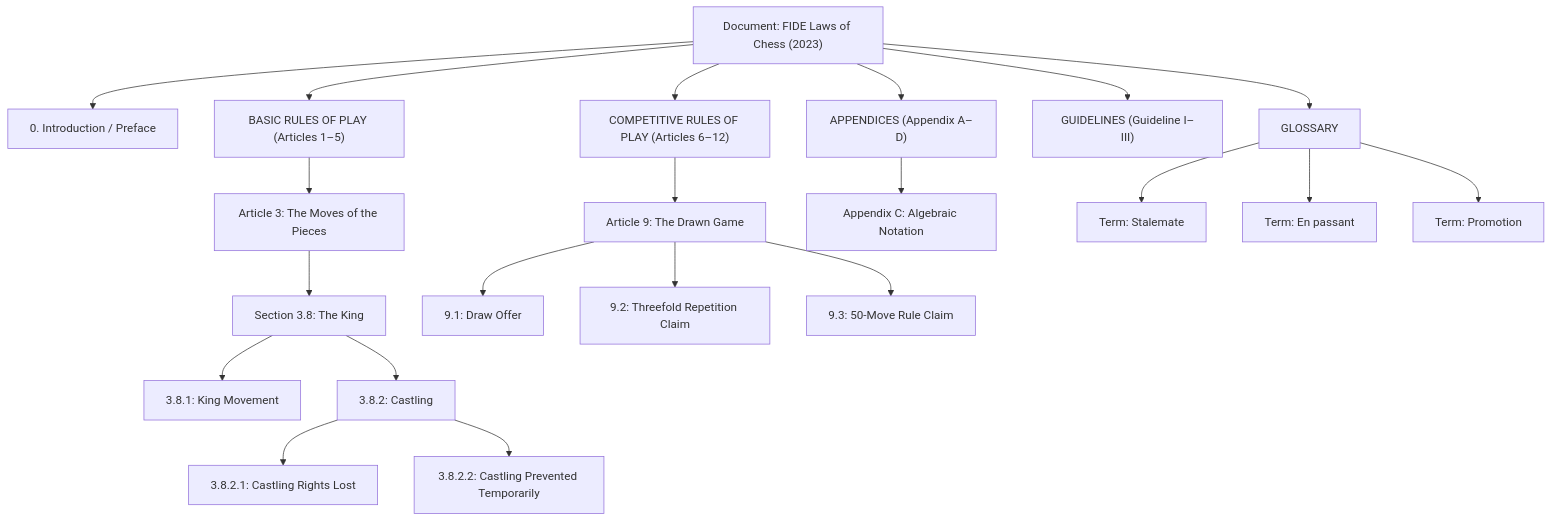
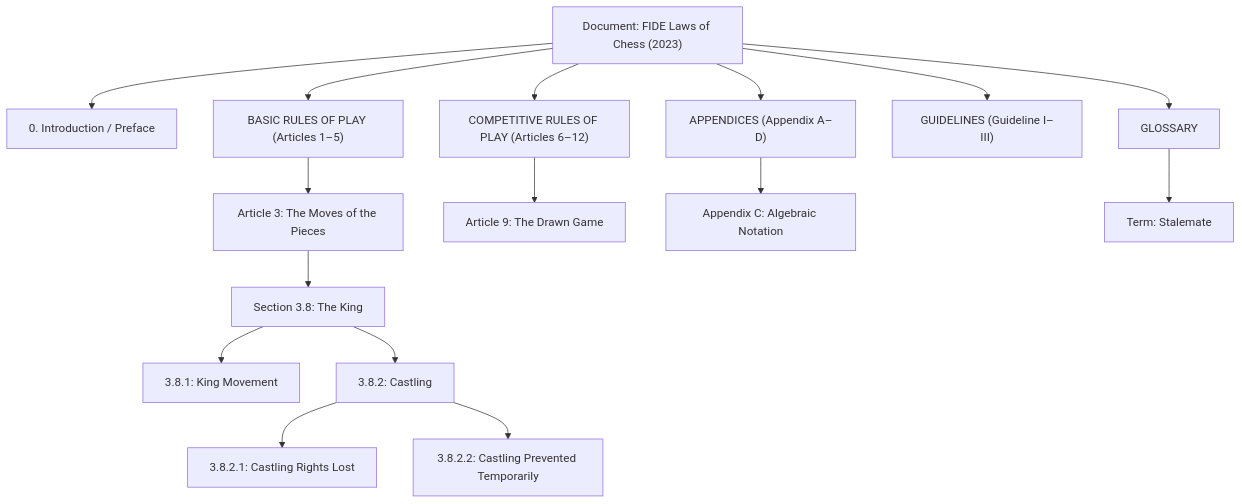
The second of 3 diagrams in ai-service/docs/specs/rag-pipeline.md (ximofam/web_game_chess_online), drawn with Mermaid before and after one commit. The commit also changed other lines of this file and 17 other files, not shown here.

````diff
--- a/ai-service/docs/specs/rag-pipeline.md
+++ b/ai-service/docs/specs/rag-pipeline.md
@@ -26,28 +67,22 @@
 ```mermaid
 graph TD
     DOC["Document: FIDE Laws of Chess (2023)"]
     
     DOC --> INTRO["0. Introduction / Preface"]
     DOC --> BASIC["BASIC RULES OF PLAY (Articles 1–5)"]
     DOC --> COMP["COMPETITIVE RULES OF PLAY (Articles 6–12)"]
     DOC --> APP["APPENDICES (Appendix A–D)"]
     DOC --> GUIDE["GUIDELINES (Guideline I–III)"]
     DOC --> GLOSS["GLOSSARY"]
 
     BASIC --> ART3["Article 3: The Moves of the Pieces"]
     ART3 --> S38["Section 3.8: The King"]
     S38 --> S381["3.8.1: King Movement"]
     S38 --> S382["3.8.2: Castling"]
     S382 --> S3821["3.8.2.1: Castling Rights Lost"]
     S382 --> S3822["3.8.2.2: Castling Prevented Temporarily"]
 
     COMP --> ART9["Article 9: The Drawn Game"]
-    ART9 --> S91["9.1: Draw Offer"]
-    ART9 --> S92["9.2: Threefold Repetition Claim"]
-    ART9 --> S93["9.3: 50-Move Rule Claim"]
-
     APP --> APPC["Appendix C: Algebraic Notation"]
     GLOSS --> T_STALE["Term: Stalemate"]
-    GLOSS --> T_ENPASS["Term: En passant"]
-    GLOSS --> T_PROMO["Term: Promotion"]
 ```
````
